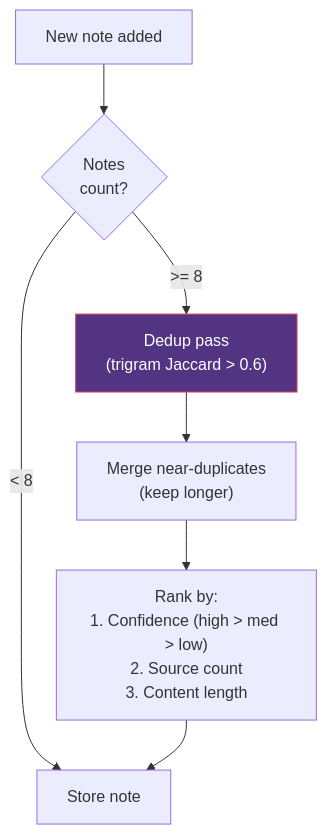
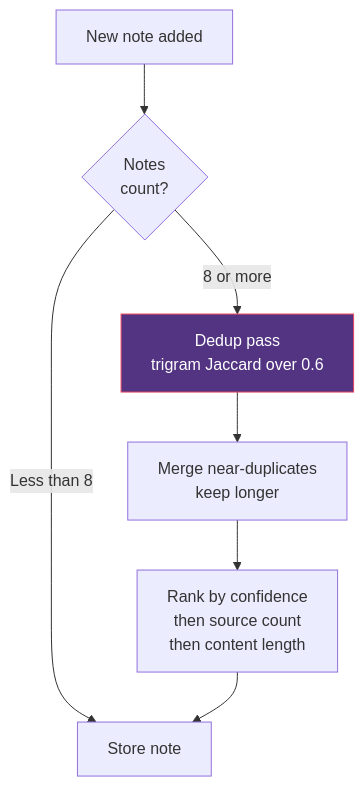
One commit to steel-experiments/durable-researcher changed the seventh of 11 diagrams in ARCHITECTURE.md. Above: the diagram before and after it, drawn with Mermaid. The commit also changed other lines of this file, not shown here.

First line of the commit message:
fix: repair Mermaid parse errors in ARCHITECTURE.md

````diff
--- a/ARCHITECTURE.md
+++ b/ARCHITECTURE.md
@@ -273,11 +287,11 @@
 ```mermaid
 flowchart TD
     INPUT["New note added"] --> COUNT{"Notes<br/>count?"}
-    COUNT -->|"< 8"| STORE["Store note"]
-    COUNT -->|">= 8"| DEDUP["Dedup pass<br/>(trigram Jaccard > 0.6)"]
-    DEDUP --> MERGE["Merge near-duplicates<br/>(keep longer)"]
-    MERGE --> RANK["Rank by:<br/>1. Confidence (high > med > low)<br/>2. Source count<br/>3. Content length"]
+    COUNT -->|"Less than 8"| STORE["Store note"]
+    COUNT -->|"8 or more"| DEDUP["Dedup pass<br/>trigram Jaccard over 0.6"]
+    DEDUP --> MERGE["Merge near-duplicates<br/>keep longer"]
+    MERGE --> RANK["Rank by confidence<br/>then source count<br/>then content length"]
     RANK --> STORE
 
     style DEDUP fill:#533483,stroke:#e94560,color:#fff
 ```
````
